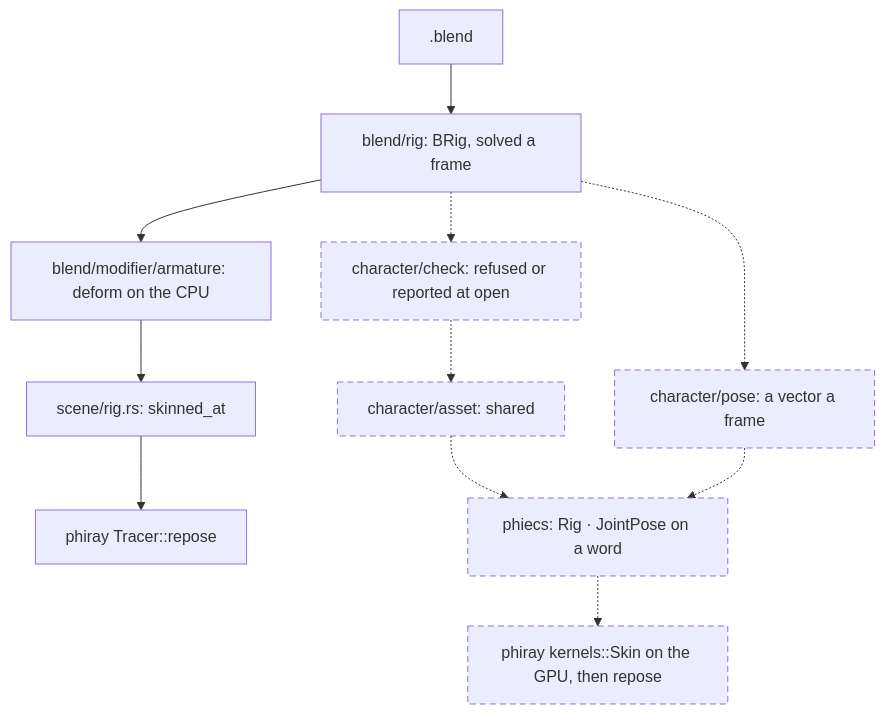
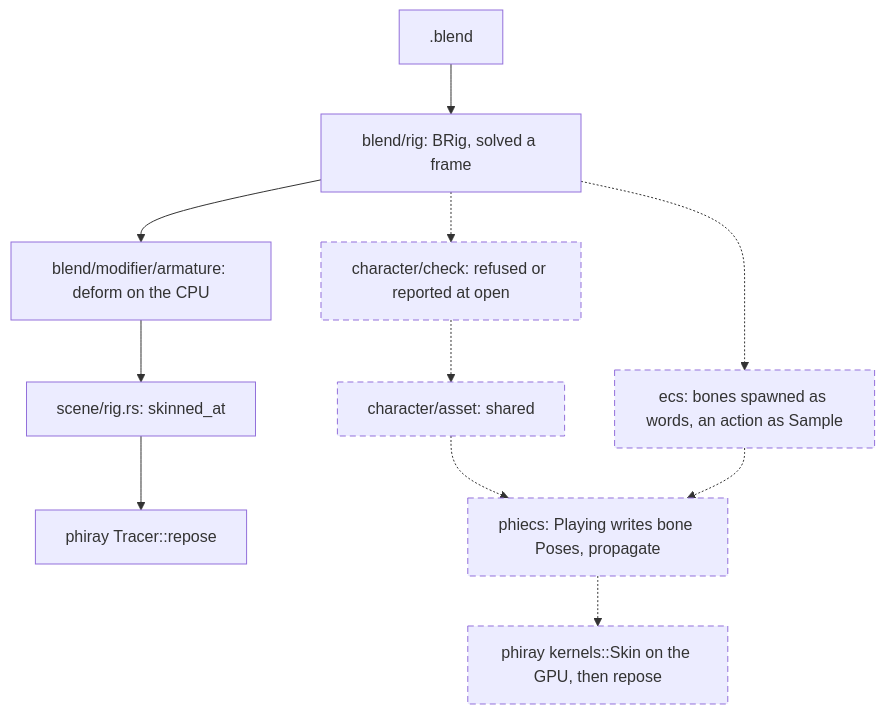
One commit to gemphi/phikit changed the second of 2 diagrams in crates/phiphx/PLAN.md. Above: the diagram before and after it, drawn with Mermaid. The commit also changed other lines of this file and 21 other files, not shown here.

````diff
--- a/crates/phiphx/PLAN.md
+++ b/crates/phiphx/PLAN.md
@@ -68,20 +71,20 @@
 ```mermaid
 graph TB
     a_file[".blend"]
     a_rig["blend/rig: BRig, solved a frame"]
     a_def["blend/modifier/armature: deform on the CPU"]
     a_scene["scene/rig.rs: skinned_at"]
     a_ray["phiray Tracer::repose"]
     a_file --> a_rig --> a_def --> a_scene --> a_ray
     b_check["character/check: refused or reported at open"]
     b_asset["character/asset: shared"]
-    b_pose["character/pose: a vector a frame"]
-    b_ecs["phiecs: Rig · JointPose on a word"]
+    b_pose["ecs: bones spawned as words, an action as Sample"]
+    b_ecs["phiecs: Playing writes bone Poses, propagate"]
     b_gpu["phiray kernels::Skin on the GPU, then repose"]
     a_rig -.-> b_check -.-> b_asset
     a_rig -.-> b_pose
     b_asset -.-> b_ecs
     b_pose -.-> b_ecs -.-> b_gpu
     classDef plan stroke-dasharray: 6 4;
     class b_check,b_asset,b_pose,b_ecs,b_gpu plan;
 ```
````
